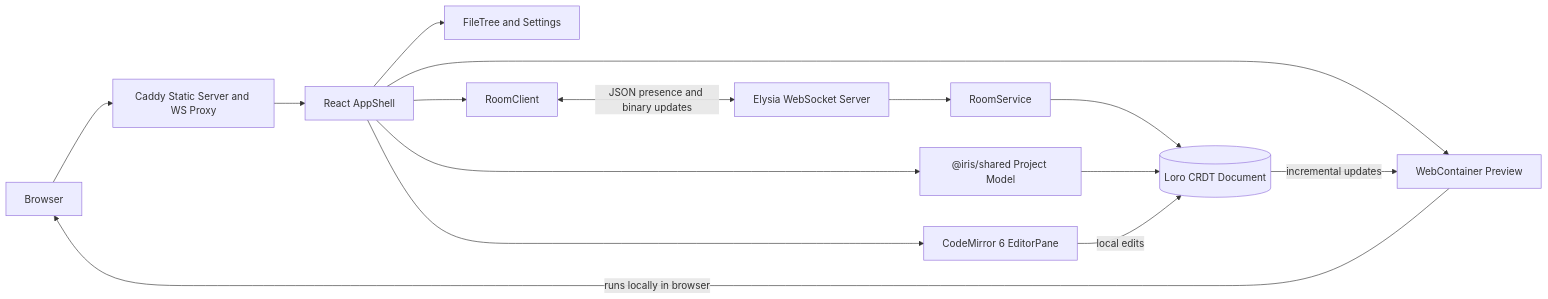
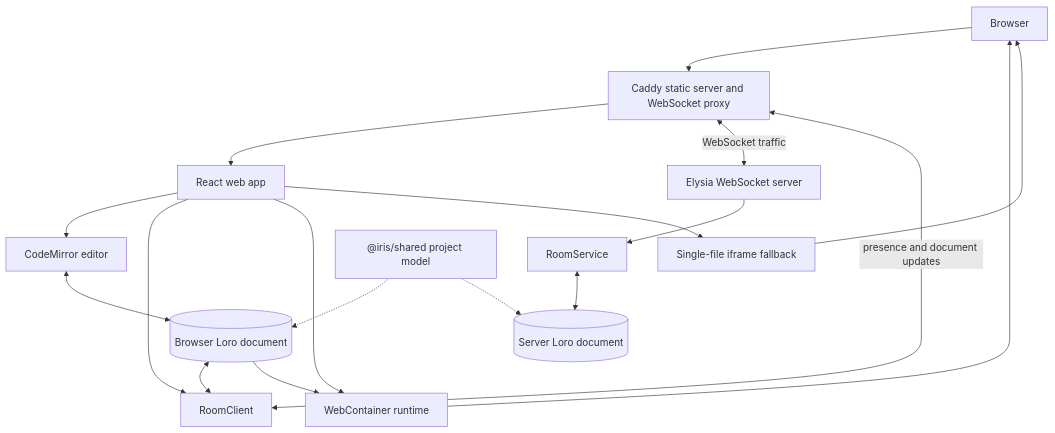
One commit to BBboy01/Tsugite changed the diagram in docs/architecture.md. Above: the diagram before and after it, drawn with Mermaid. The commit also changed other lines of this file and 5 other files, not shown here.

````diff
--- a/docs/architecture.md
+++ b/docs/architecture.md
@@ -3,29 +7,33 @@
 ```mermaid
-flowchart LR
+flowchart TB
   Browser["Browser"]
-  Shell["React AppShell"]
-  Editor["CodeMirror 6 EditorPane"]
-  Tree["FileTree and Settings"]
-  Preview["WebContainer Preview"]
-  Client["RoomClient"]
-  Server["Elysia WebSocket Server"]
+  Web["React web app"]
+  Editor["CodeMirror editor"]
+  RoomClient["RoomClient"]
+  Preview["WebContainer runtime"]
+  Fallback["Single-file iframe fallback"]
+  Proxy["Caddy static server and WebSocket proxy"]
+  Server["Elysia WebSocket server"]
   Room["RoomService"]
-  Doc[("Loro CRDT Document")]
-  Shared["@iris/shared Project Model"]
-  Caddy["Caddy Static Server and WS Proxy"]
+  ClientDocument[("Browser Loro document")]
+  ServerDocument[("Server Loro document")]
+  Shared["@iris/shared project model"]
 
-  Browser --> Caddy
-  Caddy --> Shell
-  Shell --> Tree
-  Shell --> Editor
-  Shell --> Preview
-  Shell --> Client
-  Client <-->|"JSON presence and binary updates"| Server
+  Browser --> Proxy
+  Proxy --> Web
+  Web --> Editor
+  Web --> RoomClient
+  Web --> Preview
+  Web --> Fallback
+  RoomClient <-->|presence and document updates| Proxy
+  Proxy <-->|WebSocket traffic| Server
   Server --> Room
-  Room --> Doc
-  Shell --> Shared
-  Shared --> Doc
-  Editor -->|"local edits"| Doc
-  Doc -->|"incremental updates"| Preview
-  Preview -->|"runs locally in browser"| Browser
+  Room <--> ServerDocument
+  Editor <--> ClientDocument
+  ClientDocument <--> RoomClient
+  ClientDocument --> Preview
+  Shared -.-> ClientDocument
+  Shared -.-> ServerDocument
+  Preview --> Browser
+  Fallback --> Browser
 ```
````
